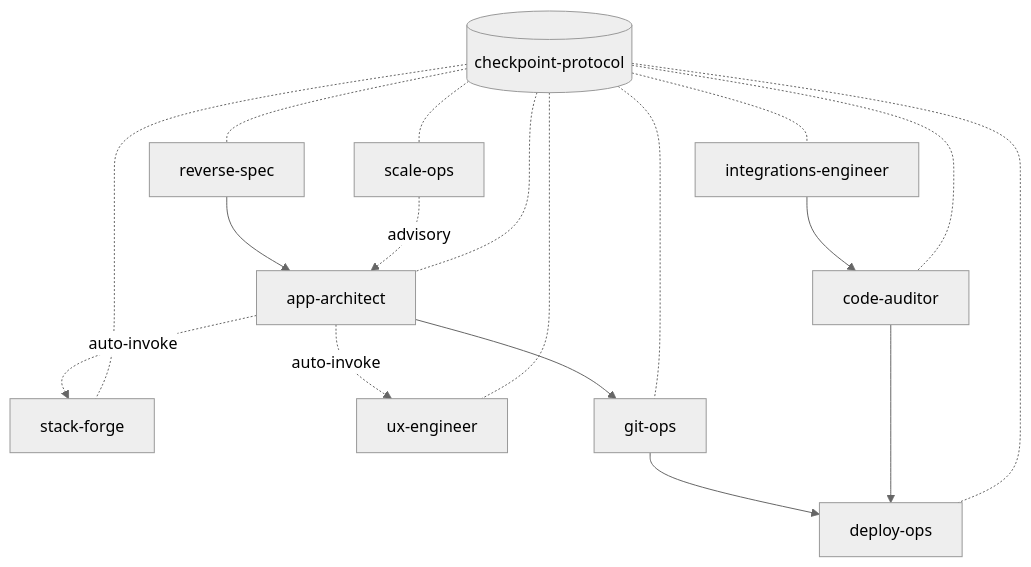
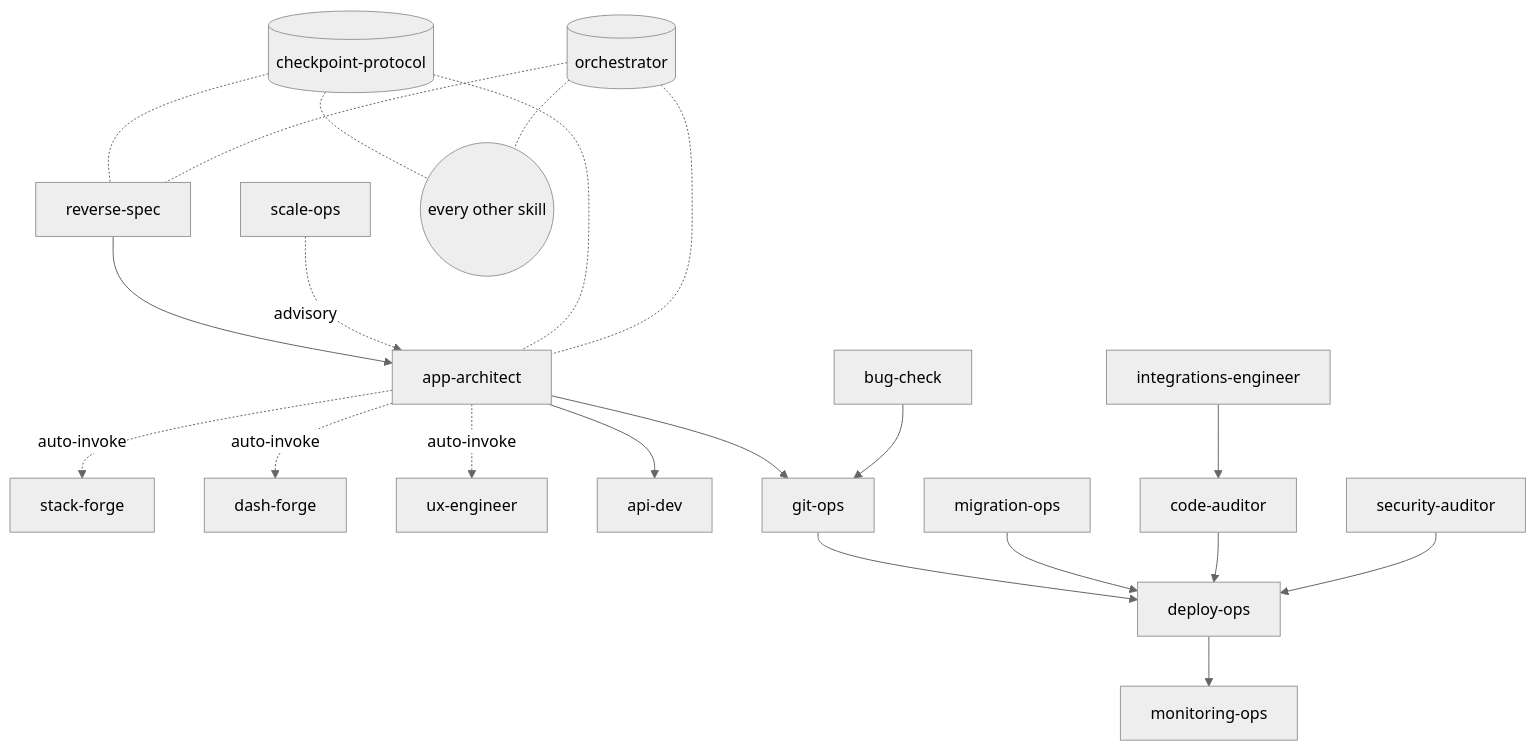
Before and after one commit to asfbay-bit/opchain: the third of 3 diagrams in reverse-spec-output/spec/02-architecture.md, drawn with Mermaid (neutral theme). The commit also changed other lines of this file and 9 other files, not shown here.

````diff
--- a/reverse-spec-output/spec/02-architecture.md
+++ b/reverse-spec-output/spec/02-architecture.md
@@ -113,31 +153,41 @@
 ```mermaid
 flowchart TB
   RS[reverse-spec]
   AA[app-architect]
   SF[stack-forge]
+  DF[dash-forge]
   UX[ux-engineer]
+  AD[api-dev]
+  IE[integrations-engineer]
+  MO[migration-ops]
+  BC[bug-check]
   CA[code-auditor]
-  IE[integrations-engineer]
+  SA[security-auditor]
   GO[git-ops]
   DO[deploy-ops]
+  MN[monitoring-ops]
   SO[scale-ops]
   CP[(checkpoint-protocol)]
+  OR[(orchestrator)]
 
   RS --> AA
   AA --> GO --> DO
   AA -. auto-invoke .-> SF
   AA -. auto-invoke .-> UX
+  AA -. auto-invoke .-> DF
+  AA --> AD
+  IE --> CA
+  MO --> DO
+  BC --> GO
   CA --> DO
-  IE --> CA
+  SA --> DO
+  DO --> MN
   SO -. advisory .-> AA
 
   CP -.- RS
   CP -.- AA
-  CP -.- SF
-  CP -.- UX
-  CP -.- CA
-  CP -.- IE
-  CP -.- GO
-  CP -.- DO
-  CP -.- SO
+  CP -.- everyone((every other skill))
+  OR -.- RS
+  OR -.- AA
+  OR -.- everyone
 ```
````
